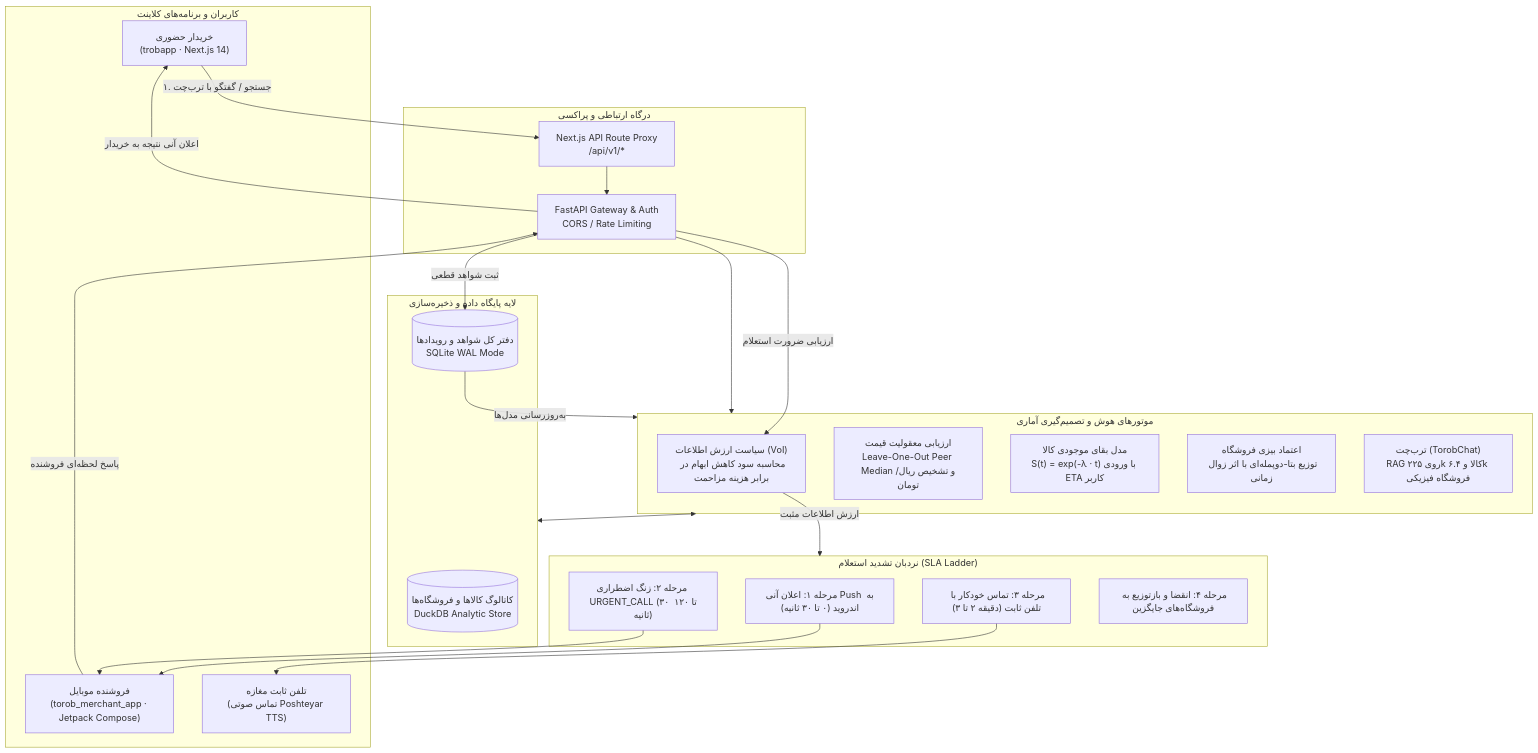
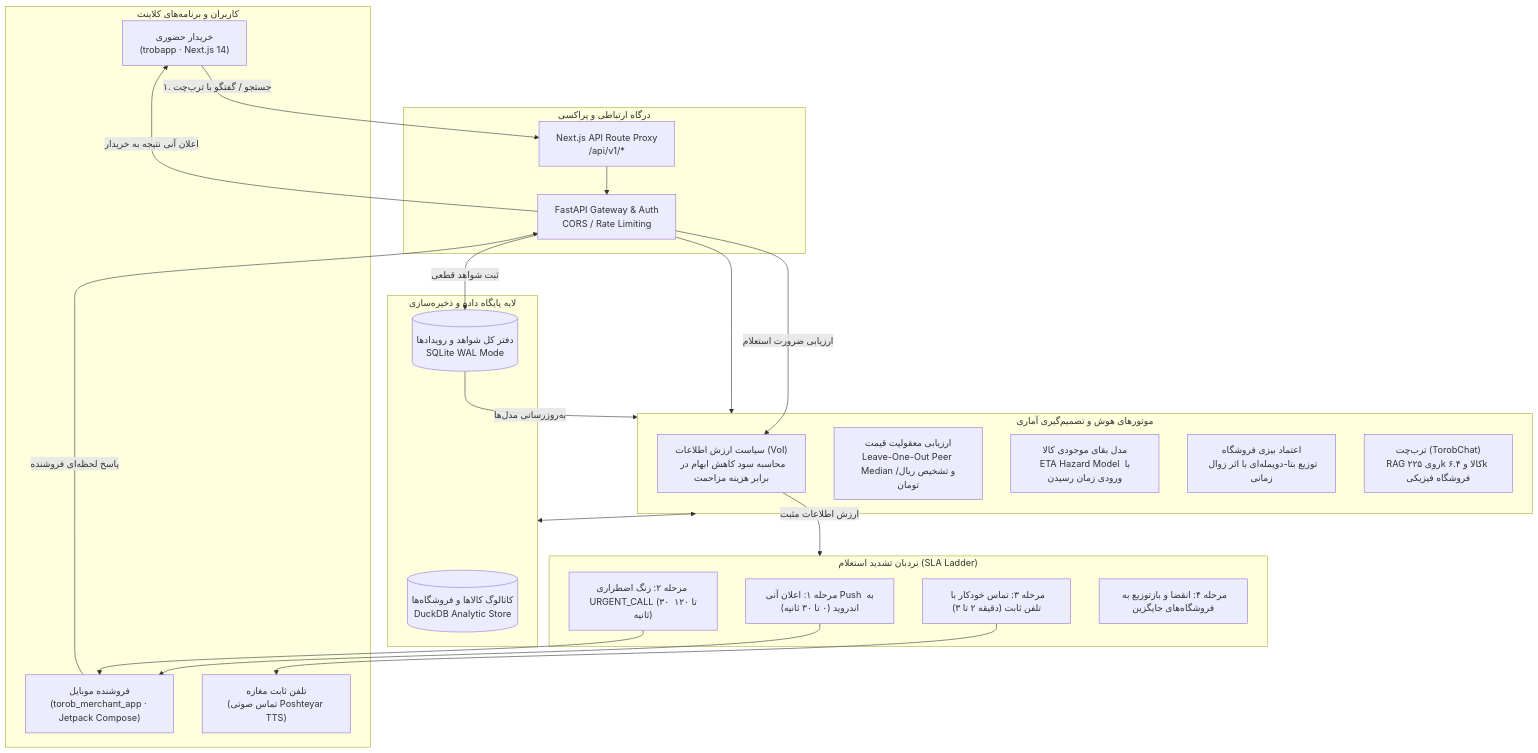
The diagram in docs/ARCHITECTURE.md (MegaTh3kiddo/tooroob), drawn with Mermaid before and after one commit. The commit also changed other lines of this file and 18 other files, not shown here.

````diff
--- a/docs/ARCHITECTURE.md
+++ b/docs/ARCHITECTURE.md
@@ -11,50 +19,50 @@
 ```mermaid
 flowchart TB
     subgraph Clients["کاربران و برنامه‌های کلاینت"]
         WebShopper[" خریدار حضوری<br/>(trobapp · Next.js 14)"]
         MerchantAndroid[" فروشنده موبایل<br/>(torob_merchant_app · Jetpack Compose)"]
         LandlinePhone[" تلفن ثابت مغازه<br/>(تماس صوتی Poshteyar TTS)"]
     end
 
     subgraph Gateway["درگاه ارتباطی و پراکسی"]
         NextProxy["Next.js API Route Proxy<br/>/api/v1/*"]
         FastAPIGw["FastAPI Gateway & Auth<br/>CORS / Rate Limiting"]
     end
 
     subgraph Intelligence["موتورهای هوش و تصمیم‌گیری آماری"]
         VoIEngine["سیاست ارزش اطلاعات (VoI)<br/>محاسبه سود کاهش ابهام در برابر هزینه مزاحمت"]
         PriceEngine["ارزیابی معقولیت قیمت<br/>Leave-One-Out Peer Median و تشخیص ریال/تومان"]
-        StockHazard["مدل بقای موجودی کالا<br/>S(t) = exp(-λ · t) با ورودی ETA کاربر"]
+        StockHazard["مدل بقای موجودی کالا<br/>ETA Hazard Model با ورودی زمان رسیدن"]
         BayesTrust["اعتماد بیزی فروشگاه<br/>توزیع بتا-دوپمله‌ای با اثر زوال زمانی"]
         TorobChatRAG["ترب‌چت (TorobChat)<br/>RAG روی ۲۲۵k کالا و ۶.۴k فروشگاه فیزیکی"]
     end
 
     subgraph Storage["لایه پایگاه داده و ذخیره‌سازی"]
         DuckDBCatalog[("کاتالوگ کالاها و فروشگاه‌ها<br/>DuckDB Analytic Store")]
         EvidenceLedger[("دفتر کل شواهد و رویدادها<br/>SQLite WAL Mode")]
     end
 
     subgraph Escalation["نردبان تشدید استعلام (SLA Ladder)"]
         L1["مرحله ۱: اعلان آنی Push به اندروید (۰ تا ۳۰ ثانیه)"]
         L2["مرحله ۲: زنگ اضطراری URGENT_CALL (۳۰ تا ۱۲۰ ثانیه)"]
         L3["مرحله ۳: تماس خودکار با تلفن ثابت (دقیقه ۲ تا ۳)"]
         L4["مرحله ۴: انقضا و بازتوزیع به فروشگاه‌های جایگزین"]
     end
 
     WebShopper -->|۱. جستجو / گفتگو با ترب‌چت| NextProxy
     NextProxy --> FastAPIGw
     FastAPIGw --> Intelligence
     Intelligence <--> Storage
 
     FastAPIGw -->|ارزیابی ضرورت استعلام| VoIEngine
     VoIEngine -->|ارزش اطلاعات مثبت| Escalation
 
     L1 --> MerchantAndroid
     L2 --> MerchantAndroid
     L3 --> LandlinePhone
 
     MerchantAndroid -->|پاسخ لحظه‌ای فروشنده| FastAPIGw
     FastAPIGw -->|ثبت شواهد قطعی| EvidenceLedger
     EvidenceLedger -->|به‌روزرسانی مدل‌ها| Intelligence
     FastAPIGw -->|اعلان آنی نتیجه به خریدار| WebShopper
 ```
````
